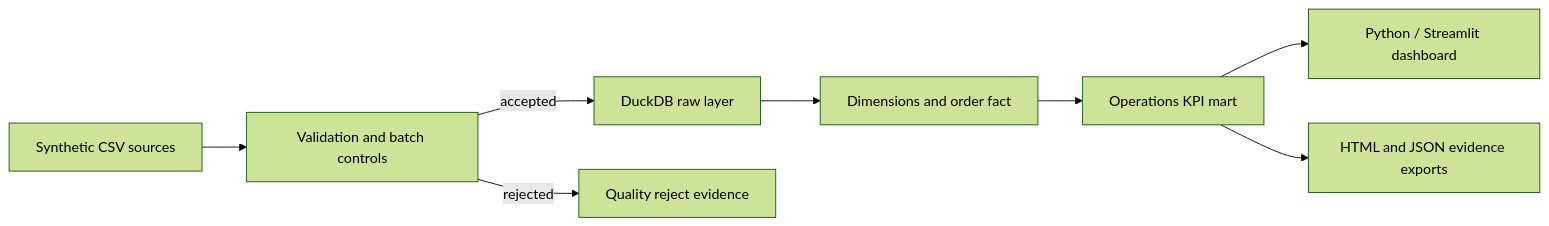
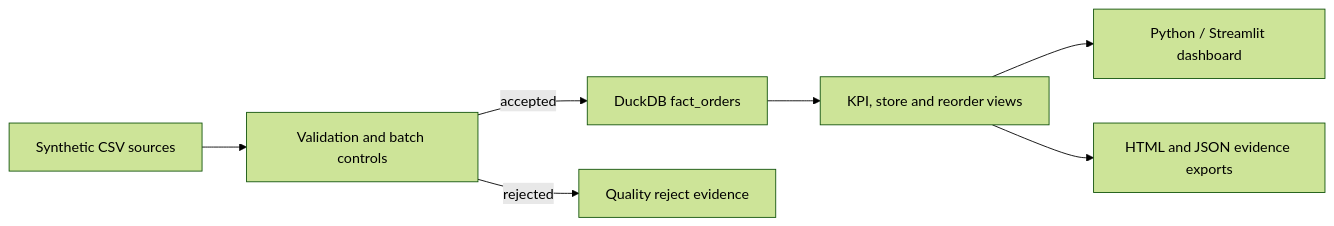
The first of 2 diagrams in README.md (alianisreyesr/retail-operations-data-platform), drawn with Mermaid (forest theme) before and after one commit. The commit also changed other lines of this file and 7 other files, not shown here.

````diff
--- a/README.md
+++ b/README.md
@@ -49,10 +49,9 @@
 ```mermaid
 flowchart LR
   A["Synthetic CSV sources"] --> B["Validation and batch controls"]
-  B -->|accepted| C["DuckDB raw layer"]
+  B -->|accepted| C["DuckDB fact_orders"]
   B -->|rejected| D["Quality reject evidence"]
-  C --> E["Dimensions and order fact"]
-  E --> F["Operations KPI mart"]
+  C --> F["KPI, store and reorder views"]
   F --> G["Python / Streamlit dashboard"]
   F --> H["HTML and JSON evidence exports"]
 ```
````
